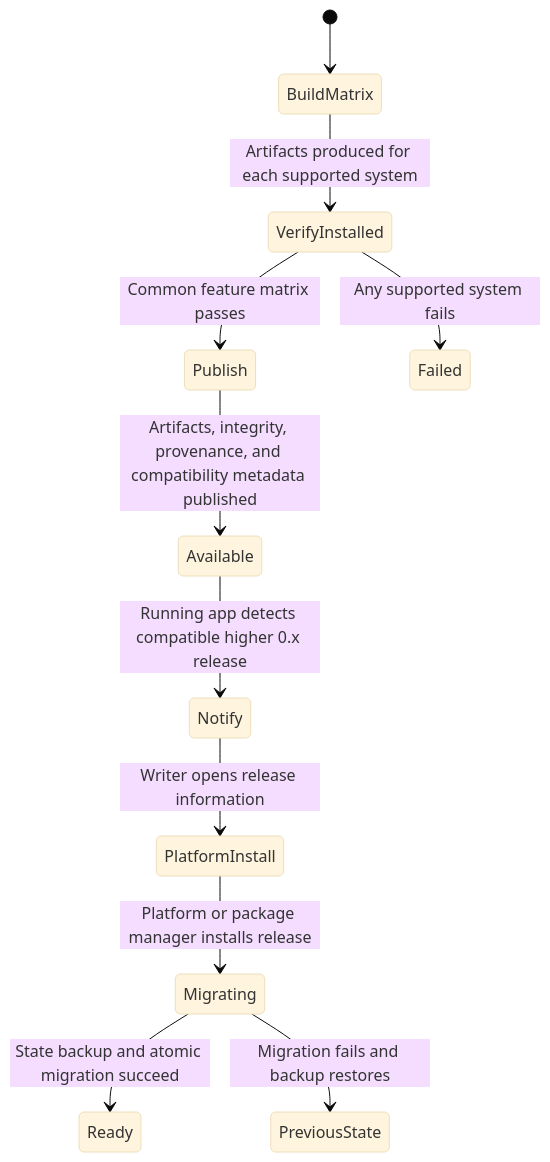
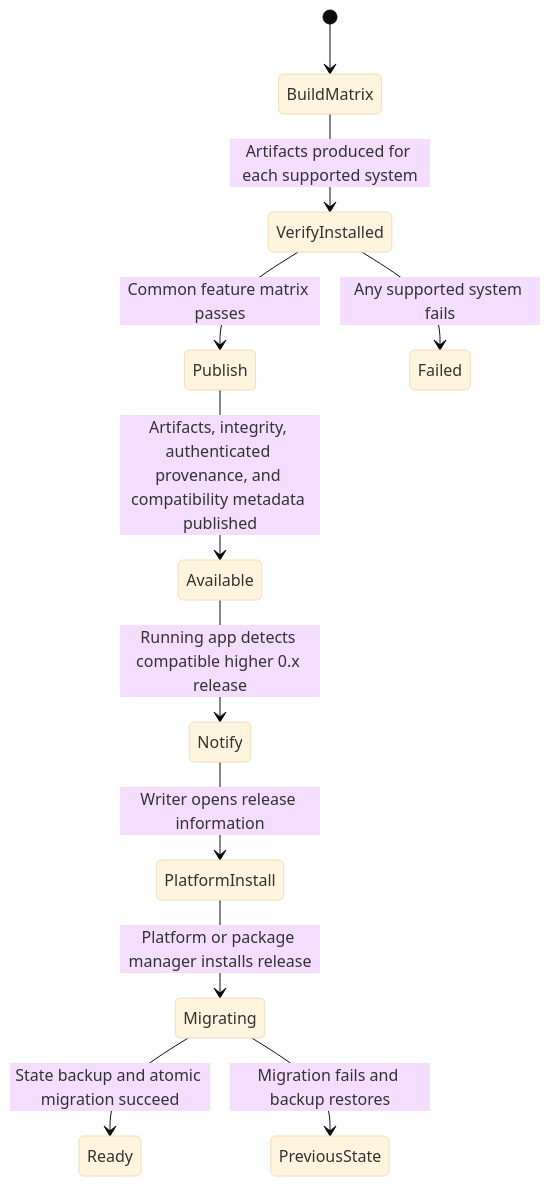
One commit to SkrOYC/burlmd changed the diagram in .constitution/architecture/flows/flow-release.md. Above: the diagram before and after it, drawn with Mermaid (base theme). The commit also changed 27 other files, not shown here.

````diff
--- a/.constitution/architecture/flows/flow-release.md
+++ b/.constitution/architecture/flows/flow-release.md
@@ -5,13 +5,13 @@
 ```mermaid
 stateDiagram-v2
     [*] --> BuildMatrix
     BuildMatrix --> VerifyInstalled: Artifacts produced for each supported system
     VerifyInstalled --> Publish: Common feature matrix passes
     VerifyInstalled --> Failed: Any supported system fails
-    Publish --> Available: Artifacts, integrity, provenance, and compatibility metadata published
+    Publish --> Available: Artifacts, integrity, authenticated provenance, and compatibility metadata published
     Available --> Notify: Running app detects compatible higher 0.x release
     Notify --> PlatformInstall: Writer opens release information
     PlatformInstall --> Migrating: Platform or package manager installs release
     Migrating --> Ready: State backup and atomic migration succeed
     Migrating --> PreviousState: Migration fails and backup restores
 ```
````
